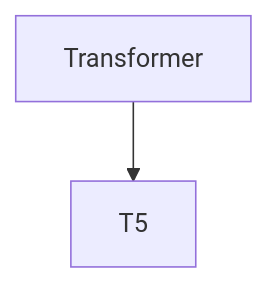
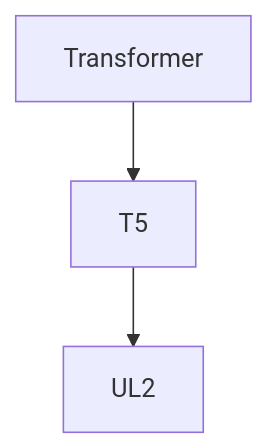
One commit to ted-sharp/chatvox changed the ninth of 20 diagrams in doc/llm.md. Above: the diagram before and after it, drawn with Mermaid. The commit also changed other lines of this file, not shown here.

````diff
--- a/doc/llm.md
+++ b/doc/llm.md
@@ -420,5 +420,5 @@
 ```mermaid
 flowchart
 
-Transformer --> T5
+Transformer --> T5 --> UL2
 ```
````
